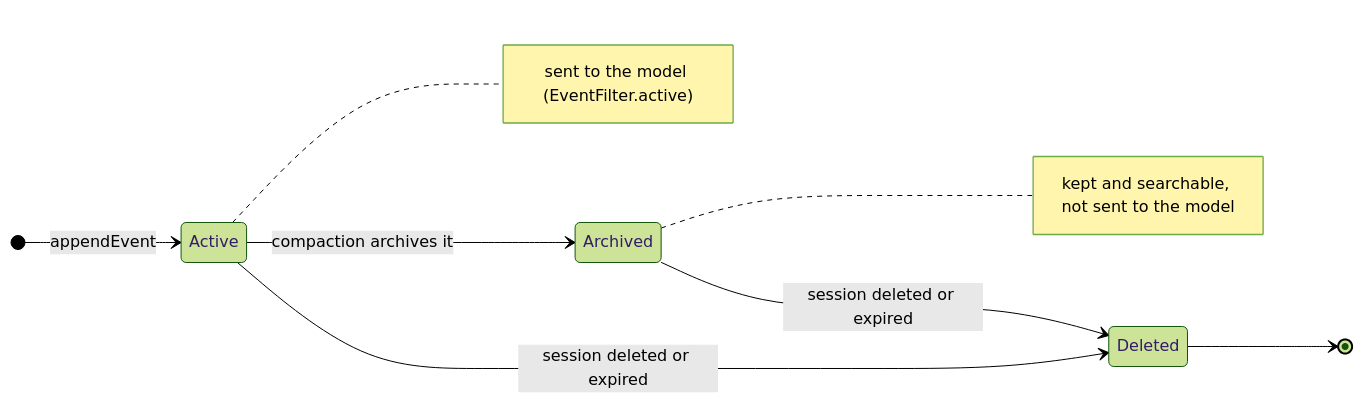
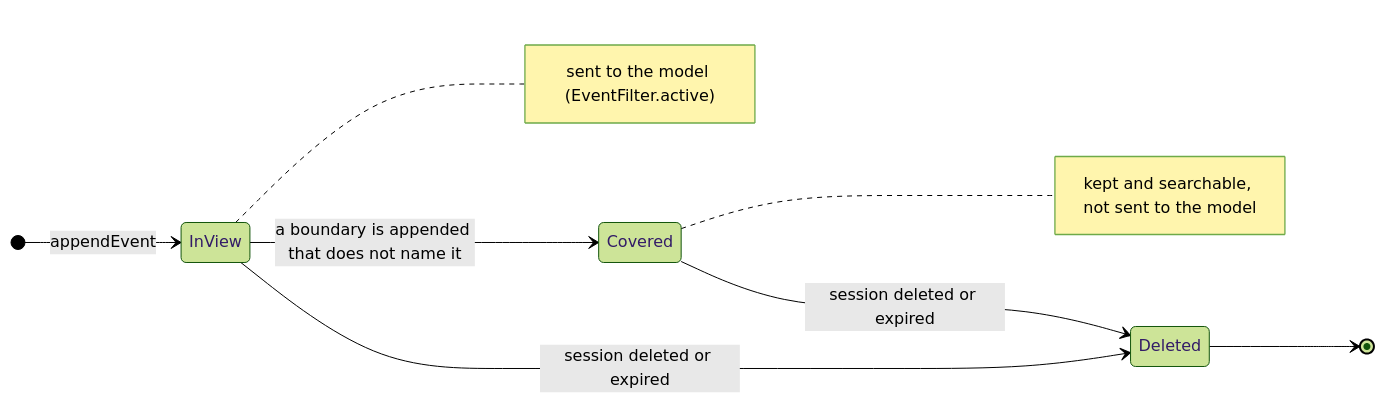
One commit to spring-ai-community/spring-ai-session changed the second of 3 diagrams in docs/session-management/concepts.md. Above: the diagram before and after it, drawn with Mermaid (forest theme). The commit also changed other lines of this file and 53 other files, not shown here.

First line of the commit message:
Record compaction as an appended boundary and project the active view

````diff
--- a/docs/session-management/concepts.md
+++ b/docs/session-management/concepts.md
@@ -291,12 +299,12 @@
 ```mermaid
 stateDiagram-v2
     direction LR
-    [*] --> Active : appendEvent
-    Active --> Archived : compaction archives it
-    Active --> Deleted : session deleted or expired
-    Archived --> Deleted : session deleted or expired
+    [*] --> InView : appendEvent
+    InView --> Covered : a boundary is appended that does not name it
+    InView --> Deleted : session deleted or expired
+    Covered --> Deleted : session deleted or expired
     Deleted --> [*]
 
-    note right of Active : sent to the model (EventFilter.active)
-    note right of Archived : kept and searchable, not sent to the model
+    note right of InView : sent to the model (EventFilter.active)
+    note right of Covered : kept and searchable, not sent to the model
 ```
````
